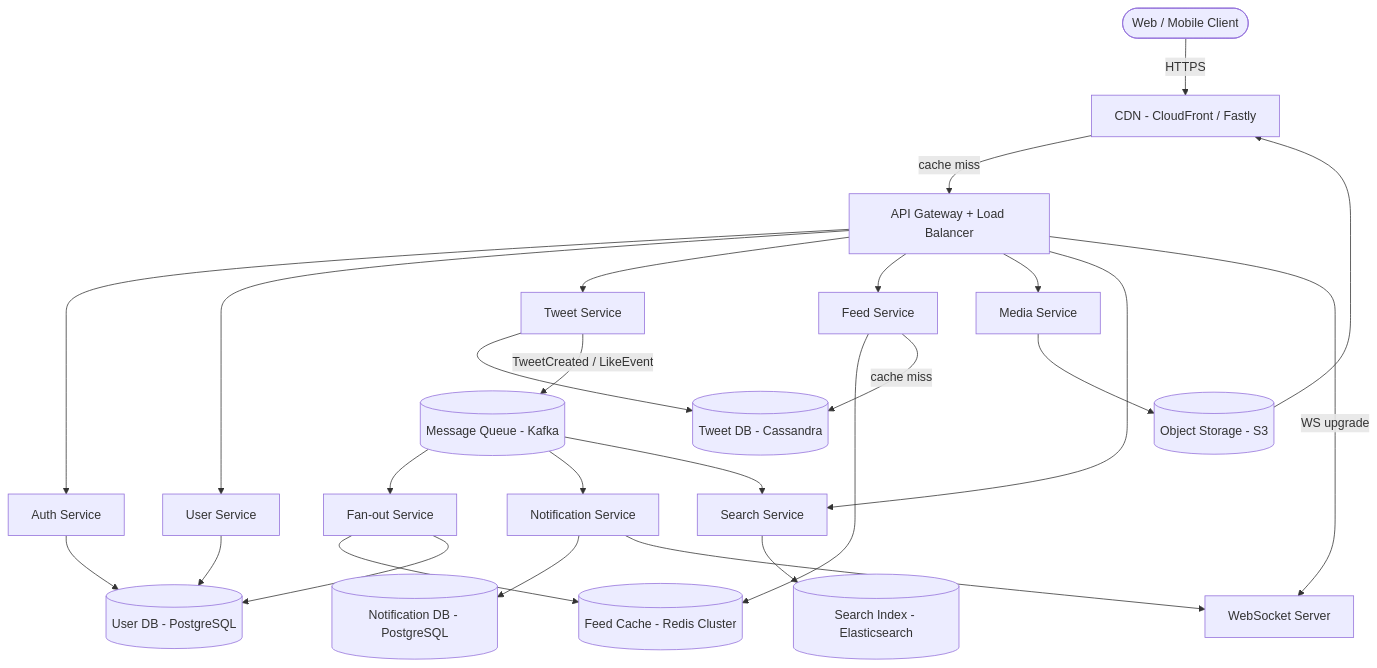
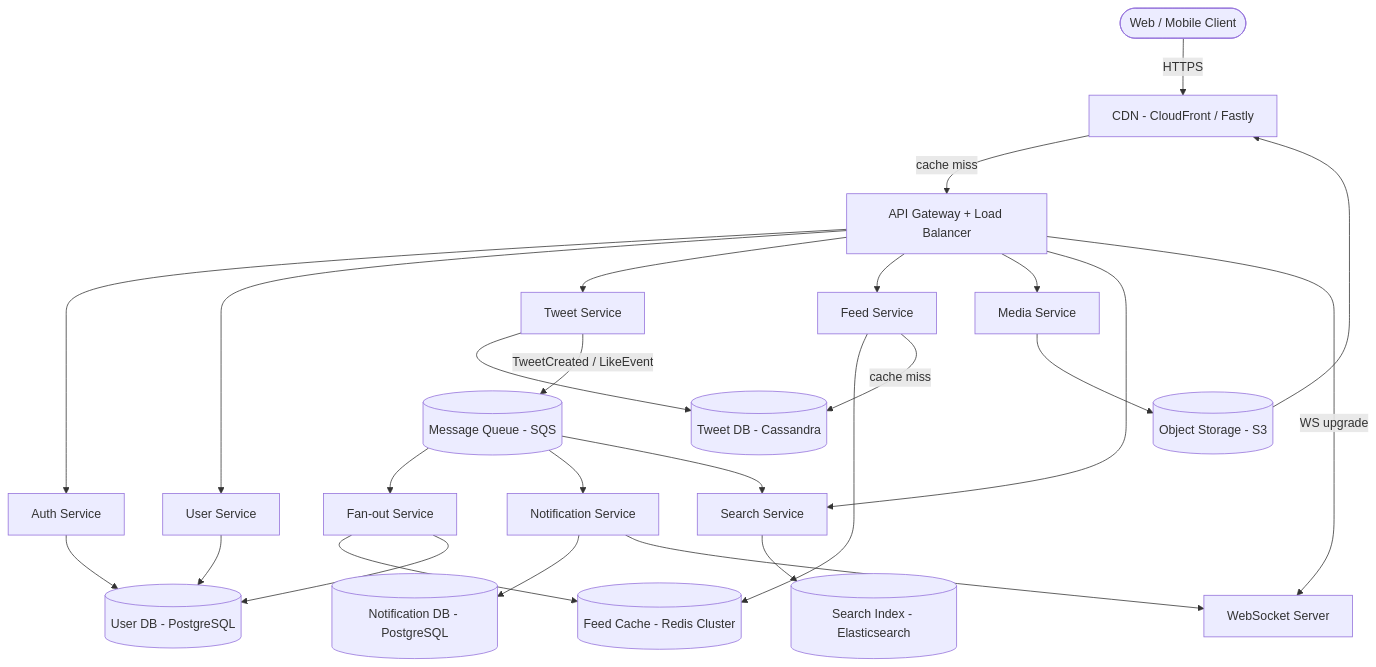
One commit to 01mi01/xcloud-api changed the fourth of 10 diagrams in docs/tech-document.md. Above: the diagram before and after it, drawn with Mermaid. The commit also changed other lines of this file and 35 other files, not shown here.

````diff
--- a/docs/tech-document.md
+++ b/docs/tech-document.md
@@ -397,59 +397,59 @@
 ```mermaid
 flowchart TD
     Client([Web / Mobile Client])
     CDN[CDN - CloudFront / Fastly]
     GW[API Gateway + Load Balancer]
 
     AuthSvc[Auth Service]
     UserSvc[User Service]
     TweetSvc[Tweet Service]
     FeedSvc[Feed Service]
     MediaSvc[Media Service]
     FanoutSvc[Fan-out Service]
     NotifSvc[Notification Service]
     SearchSvc[Search Service]
 
-    MQ[(Message Queue - Kafka)]
+    MQ[(Message Queue - SQS)]
     Redis[(Feed Cache - Redis Cluster)]
     TweetDB[(Tweet DB - Cassandra)]
     UserDB[(User DB - PostgreSQL)]
     MediaStore[(Object Storage - S3)]
     SearchIdx[(Search Index - Elasticsearch)]
     NotifDB[(Notification DB - PostgreSQL)]
 
     WSServer[WebSocket Server]
 
     Client -->|HTTPS| CDN
     CDN -->|cache miss| GW
     GW --> AuthSvc
     GW --> UserSvc
     GW --> TweetSvc
     GW --> FeedSvc
     GW --> MediaSvc
     GW --> SearchSvc
     GW -->|WS upgrade| WSServer
 
     AuthSvc --> UserDB
     UserSvc --> UserDB
 
     TweetSvc --> TweetDB
     TweetSvc -->|TweetCreated / LikeEvent| MQ
 
     FeedSvc --> Redis
     FeedSvc -->|cache miss| TweetDB
 
     MQ --> FanoutSvc
     MQ --> NotifSvc
     MQ --> SearchSvc
 
     FanoutSvc --> Redis
     FanoutSvc --> UserDB
 
     MediaSvc --> MediaStore
     MediaStore --> CDN
 
     NotifSvc --> NotifDB
     NotifSvc --> WSServer
 
     SearchSvc --> SearchIdx
 ```
````
